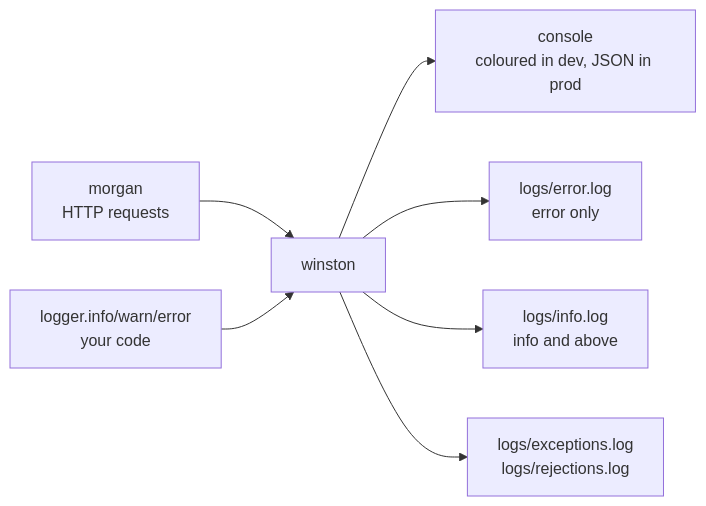
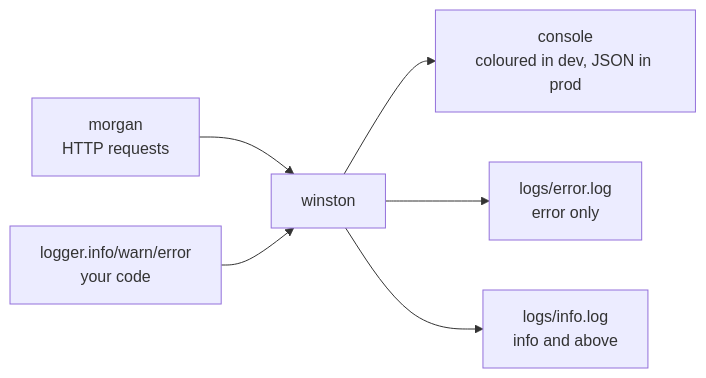
Before and after one commit to cssuman/ExpressTemplate: the diagram in docs/08-logging.md, drawn with Mermaid. The commit also changed other lines of this file and 4 other files, not shown here.

````diff
--- a/docs/08-logging.md
+++ b/docs/08-logging.md
@@ -20,9 +20,8 @@
 ```mermaid
 flowchart LR
     A["morgan<br/>HTTP requests"] --> C
     B["logger.info/warn/error<br/>your code"] --> C
     C["winston"] --> D["console<br/>coloured in dev, JSON in prod"]
     C --> E["logs/error.log<br/>error only"]
     C --> F["logs/info.log<br/>info and above"]
-    C --> G["logs/exceptions.log<br/>logs/rejections.log"]
 ```
````
